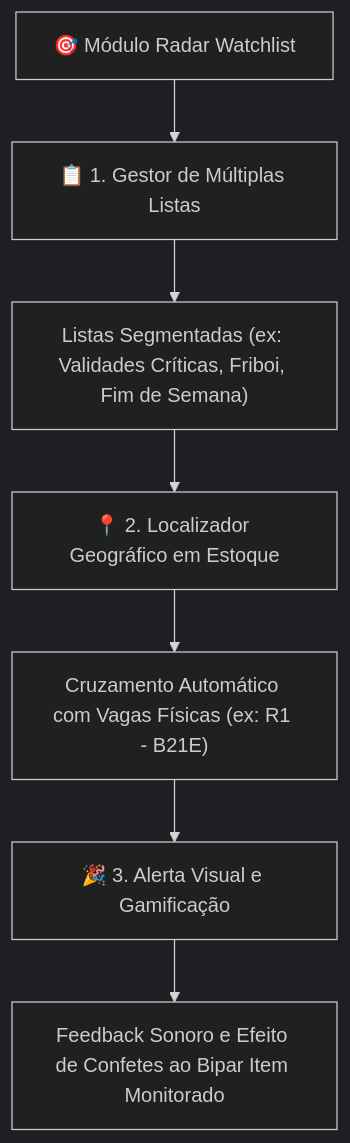
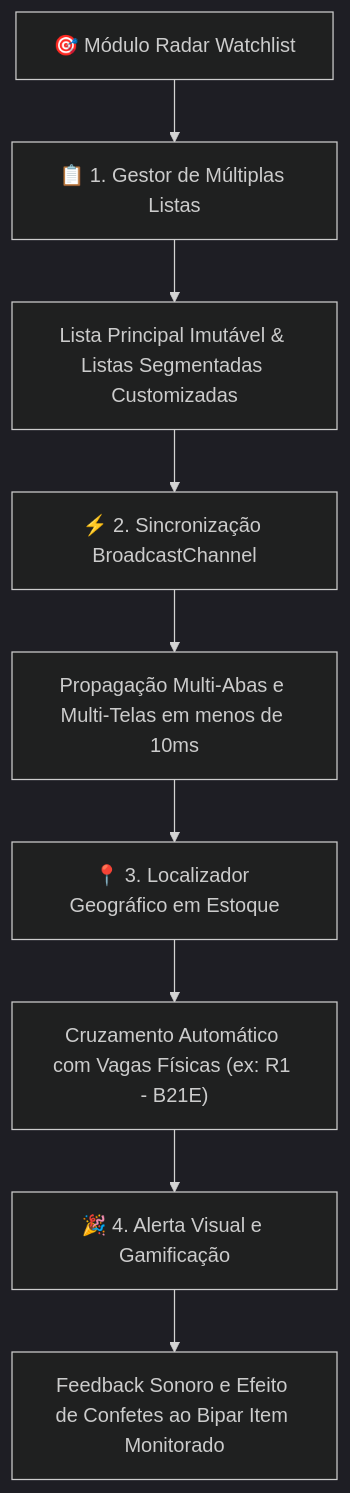
The second of 2 diagrams in docs/pwa-pesquisa-watchlist.md (NaejBarbosa/paletscan-etl), drawn with Mermaid (dark theme) before and after one commit. The commit also changed other lines of this file and 25 other files, not shown here.

````diff
--- a/docs/pwa-pesquisa-watchlist.md
+++ b/docs/pwa-pesquisa-watchlist.md
@@ -18,13 +40,16 @@
 ```mermaid
 flowchart TD
     RADAR["🎯 Módulo Radar Watchlist"]
-    
+
     RADAR --> G1["📋 1. Gestor de Múltiplas Listas"]
-    G1 --> D1["Listas Segmentadas (ex: Validades Críticas, Friboi, Fim de Semana)"]
-    
-    D1 --> G2["📍 2. Localizador Geográfico em Estoque"]
-    G2 --> D2["Cruzamento Automático com Vagas Físicas (ex: R1 - B21E)"]
-    
-    D2 --> G3["🎉 3. Alerta Visual e Gamificação"]
-    G3 --> D3["Feedback Sonoro e Efeito de Confetes ao Bipar Item Monitorado"]
+    G1 --> D1["Lista Principal Imutável & Listas Segmentadas Customizadas"]
+
+    D1 --> G2["⚡ 2. Sincronização BroadcastChannel"]
+    G2 --> D2["Propagação Multi-Abas e Multi-Telas em menos de 10ms"]
+
+    D2 --> G3["📍 3. Localizador Geográfico em Estoque"]
+    G3 --> D3["Cruzamento Automático com Vagas Físicas (ex: R1 - B21E)"]
+
+    D3 --> G4["🎉 4. Alerta Visual e Gamificação"]
+    G4 --> D4["Feedback Sonoro e Efeito de Confetes ao Bipar Item Monitorado"]
 ```
````
